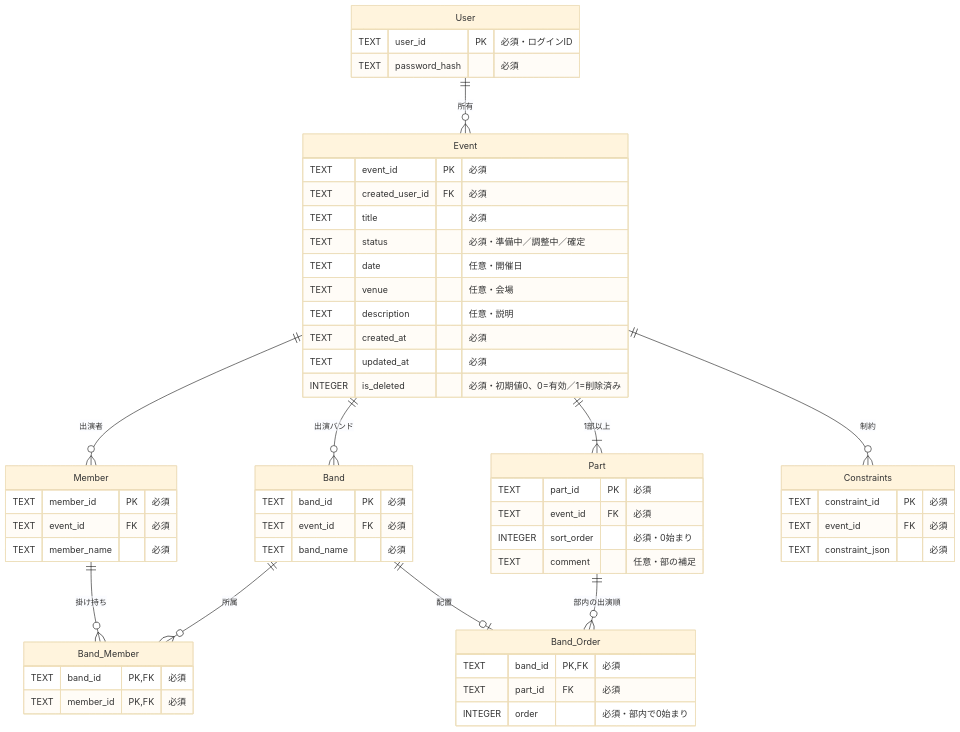
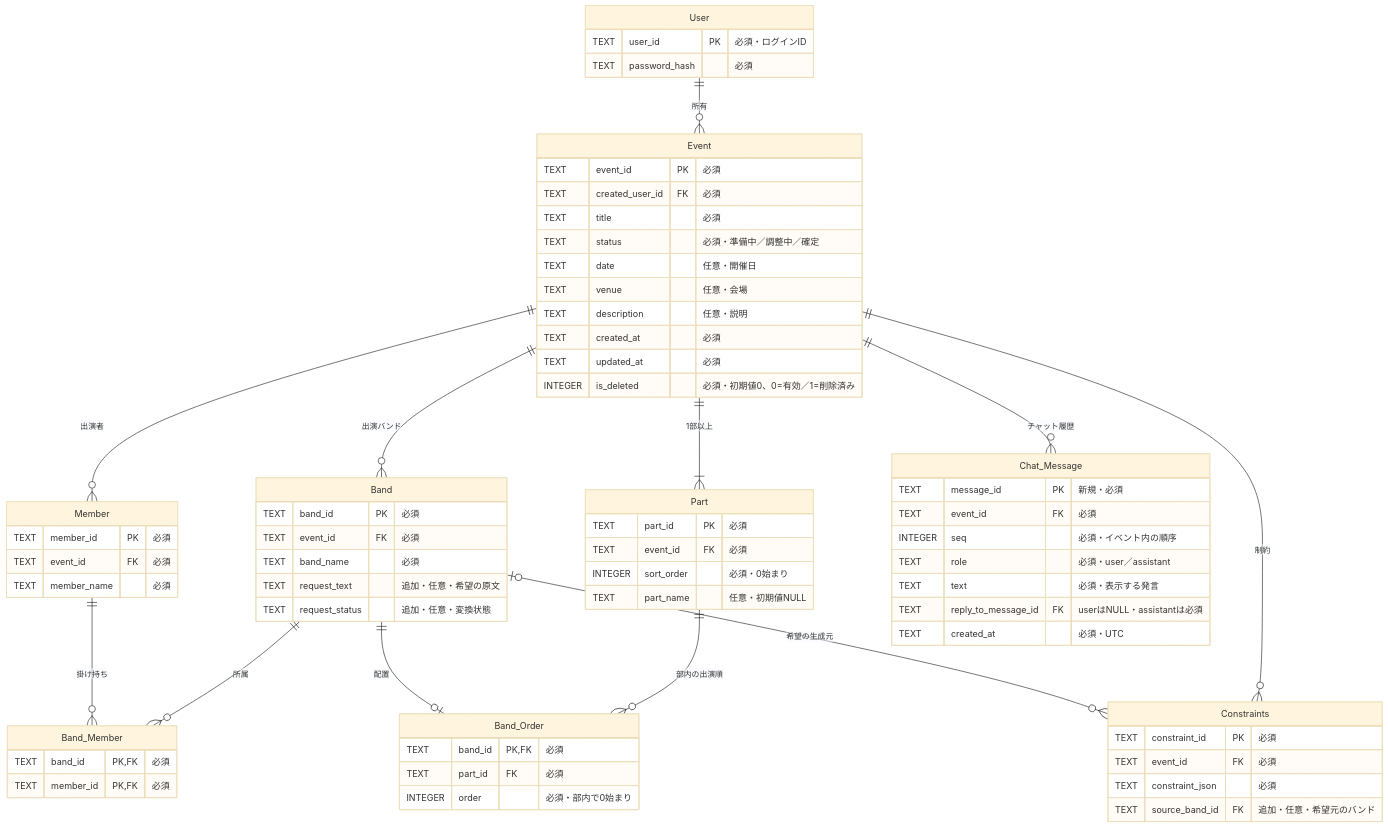
One commit to jphacks/tka_2604 changed the diagram in docs/database.md. Above: the diagram before and after it, drawn with Mermaid (base theme). The commit also changed other lines of this file and 6 other files, not shown here.

````diff
--- a/docs/database.md
+++ b/docs/database.md
@@ -24,59 +24,73 @@
 ```mermaid
 erDiagram
     User ||--o{ Event : "所有"
     Event ||--o{ Band : "出演バンド"
     Event ||--o{ Member : "出演者"
     Event ||--|{ Part : "1部以上"
     Event ||--o{ Constraints : "制約"
     Band ||--o{ Band_Member : "所属"
     Member ||--o{ Band_Member : "掛け持ち"
     Part ||--o{ Band_Order : "部内の出演順"
     Band ||--o| Band_Order : "配置"
+    Band |o--o{ Constraints : "希望の生成元"
+    Event ||--o{ Chat_Message : "チャット履歴"
 
     User {
         TEXT user_id PK "必須・ログインID"
         TEXT password_hash "必須"
     }
     Event {
         TEXT event_id PK "必須"
         TEXT created_user_id FK "必須"
         TEXT title "必須"
         TEXT status "必須・準備中／調整中／確定"
         TEXT date "任意・開催日"
         TEXT venue "任意・会場"
         TEXT description "任意・説明"
         TEXT created_at "必須"
         TEXT updated_at "必須"
         INTEGER is_deleted "必須・初期値0、0=有効／1=削除済み"
     }
     Band {
         TEXT band_id PK "必須"
         TEXT event_id FK "必須"
         TEXT band_name "必須"
+        TEXT request_text "追加・任意・希望の原文"
+        TEXT request_status "追加・任意・変換状態"
     }
     Member {
         TEXT member_id PK "必須"
         TEXT event_id FK "必須"
         TEXT member_name "必須"
     }
     Band_Member {
         TEXT band_id PK, FK "必須"
         TEXT member_id PK, FK "必須"
     }
     Part {
         TEXT part_id PK "必須"
         TEXT event_id FK "必須"
         INTEGER sort_order "必須・0始まり"
-        TEXT comment "任意・部の補足"
+        TEXT part_name "任意・初期値NULL"
     }
     Band_Order {
         TEXT band_id PK, FK "必須"
         TEXT part_id FK "必須"
         INTEGER order "必須・部内で0始まり"
     }
     Constraints {
         TEXT constraint_id PK "必須"
         TEXT event_id FK "必須"
         TEXT constraint_json "必須"
+        TEXT source_band_id FK "追加・任意・希望元のバンド"
+    }
+    Chat_Message {
+        TEXT message_id PK "新規・必須"
+        TEXT event_id FK "必須"
+        INTEGER seq "必須・イベント内の順序"
+        TEXT role "必須・user／assistant"
+        TEXT text "必須・表示する発言"
+        TEXT reply_to_message_id FK "userはNULL・assistantは必須"
+        TEXT created_at "必須・UTC"
     }
 ```
````
